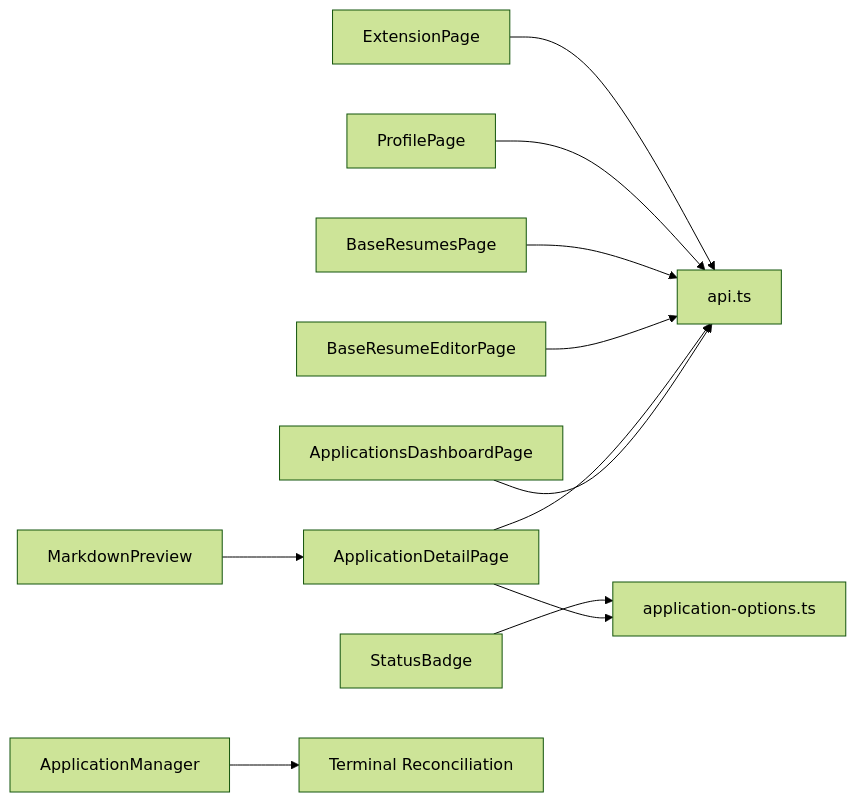
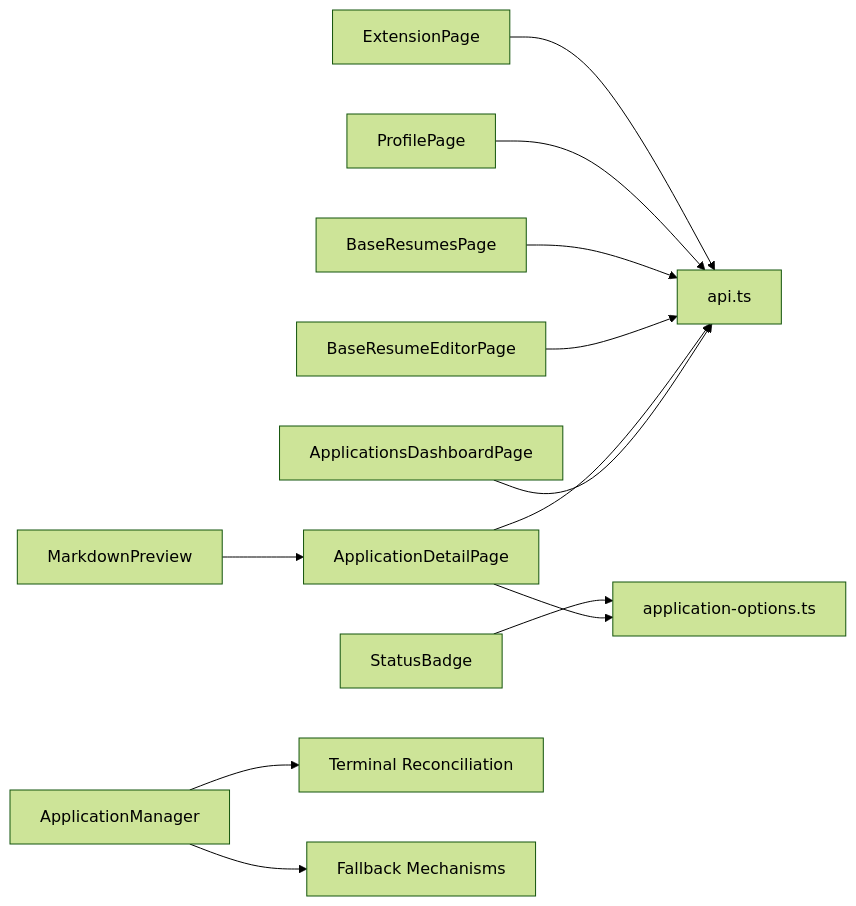
Before and after one commit to sankaL/job-app: the seventh of 7 diagrams in .qoder/repowiki/en/content/Frontend Application/Application Pages.md, drawn with Mermaid (forest theme). The commit also changed other lines of this file and 9 other files, not shown here.

````diff
--- a/.qoder/repowiki/en/content/Frontend Application/Application Pages.md
+++ b/.qoder/repowiki/en/content/Frontend Application/Application Pages.md
@@ -443,13 +469,14 @@
 ```mermaid
 graph LR
 ADP["ApplicationsDashboardPage"] --> API["api.ts"]
 ADet["ApplicationDetailPage"] --> API
 ADet --> AO["application-options.ts"]
 BRE["BaseResumeEditorPage"] --> API
 BRP["BaseResumesPage"] --> API
 Prof["ProfilePage"] --> API
 Ext["ExtensionPage"] --> API
 SB["StatusBadge"] --> AO
 MP["MarkdownPreview"] --> ADet
 AM["ApplicationManager"] --> TermRec["Terminal Reconciliation"]
+AM --> Fallback["Fallback Mechanisms"]
 ```
````
